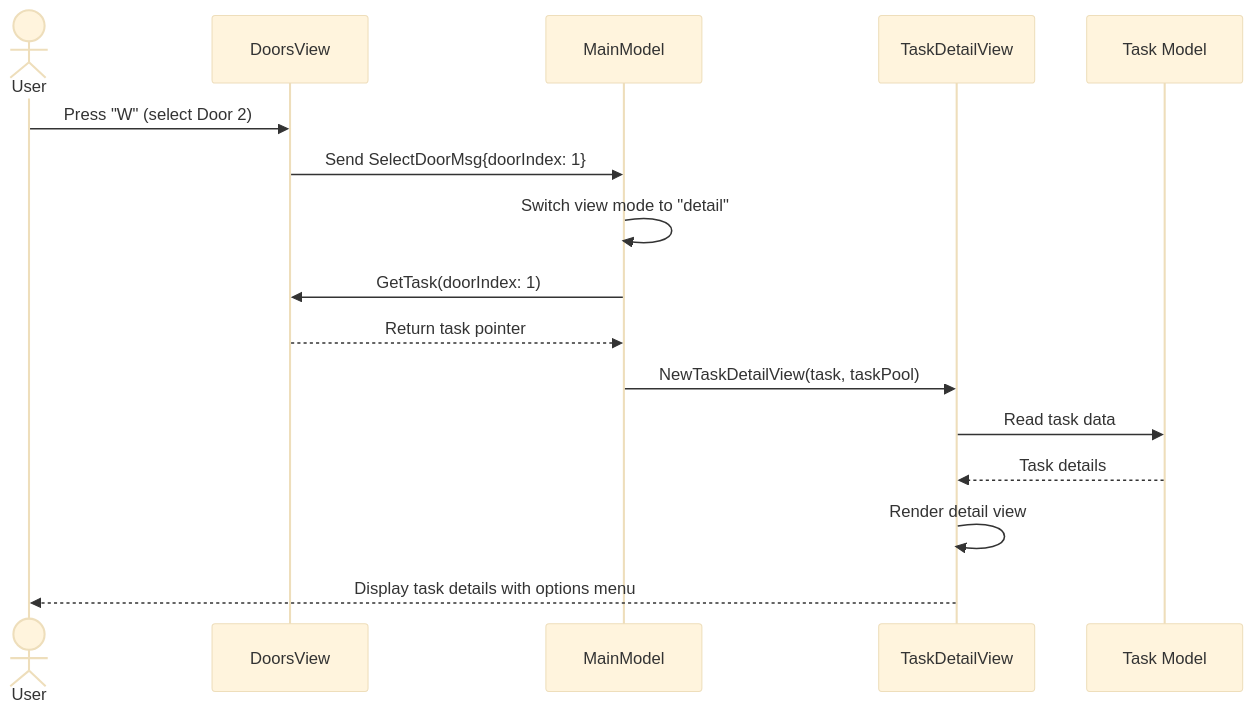
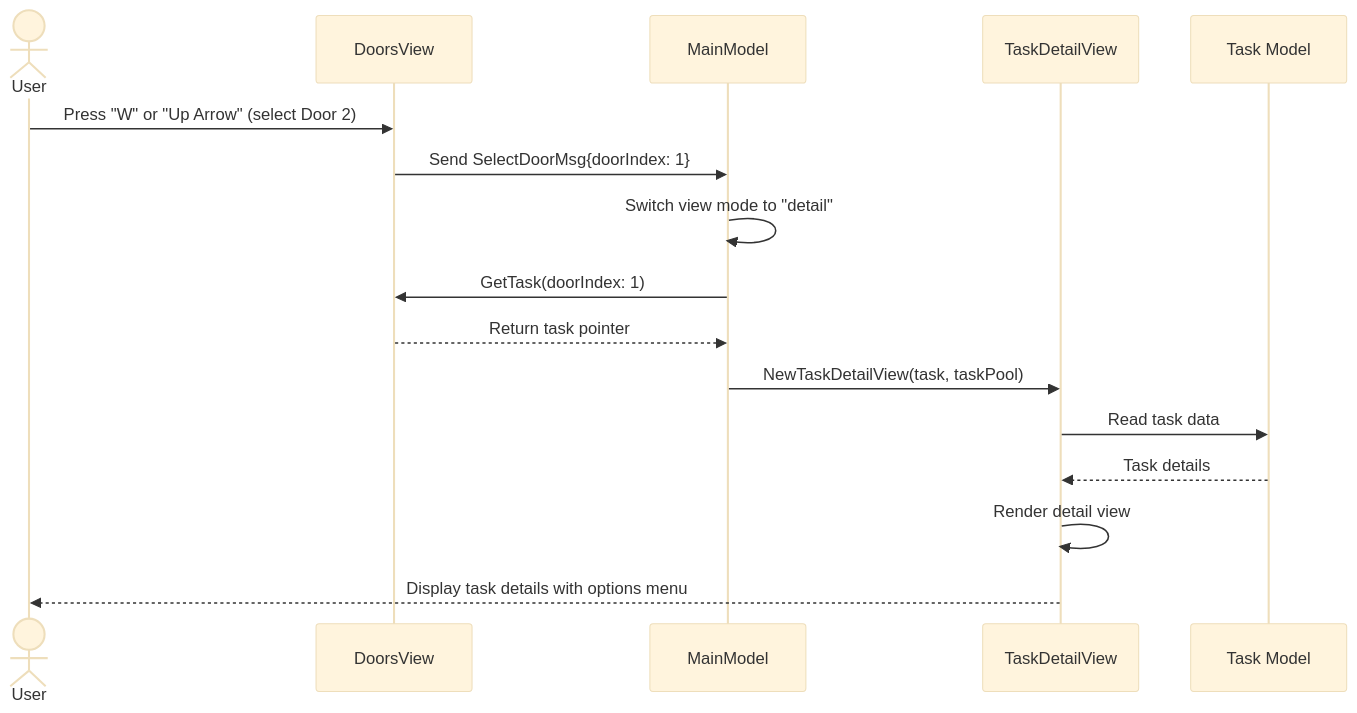
The second of 6 diagrams in docs/architecture/core-workflows.md (arcaven/ThreeDoors), drawn with Mermaid (base theme) before and after one commit. The commit also changed other lines of this file and 6 other files, not shown here.

First line of the commit message:
docs: Update PRD, Architecture, and Story 1.2 with user feedback changes

````diff
--- a/docs/architecture/core-workflows.md
+++ b/docs/architecture/core-workflows.md
@@ -41,19 +41,19 @@
 ```mermaid
 sequenceDiagram
     actor User
     participant DV as DoorsView
     participant MM as MainModel
     participant TDV as TaskDetailView
     participant Task as Task Model
 
-    User->>DV: Press "W" (select Door 2)
+    User->>DV: Press "W" or "Up Arrow" (select Door 2)
     DV->>MM: Send SelectDoorMsg{doorIndex: 1}
     MM->>MM: Switch view mode to "detail"
     MM->>DV: GetTask(doorIndex: 1)
     DV-->>MM: Return task pointer
     MM->>TDV: NewTaskDetailView(task, taskPool)
     TDV->>Task: Read task data
     Task-->>TDV: Task details
     TDV->>TDV: Render detail view
     TDV-->>User: Display task details with options menu
 ```
````
